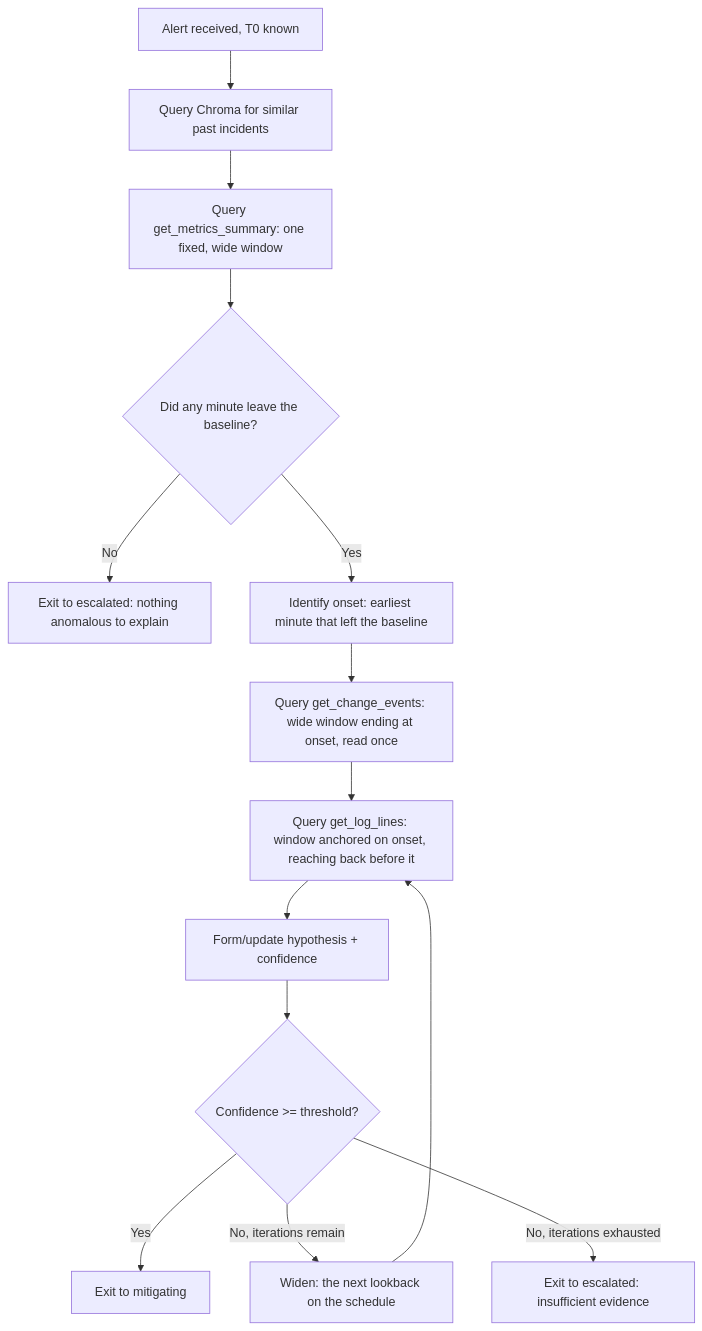
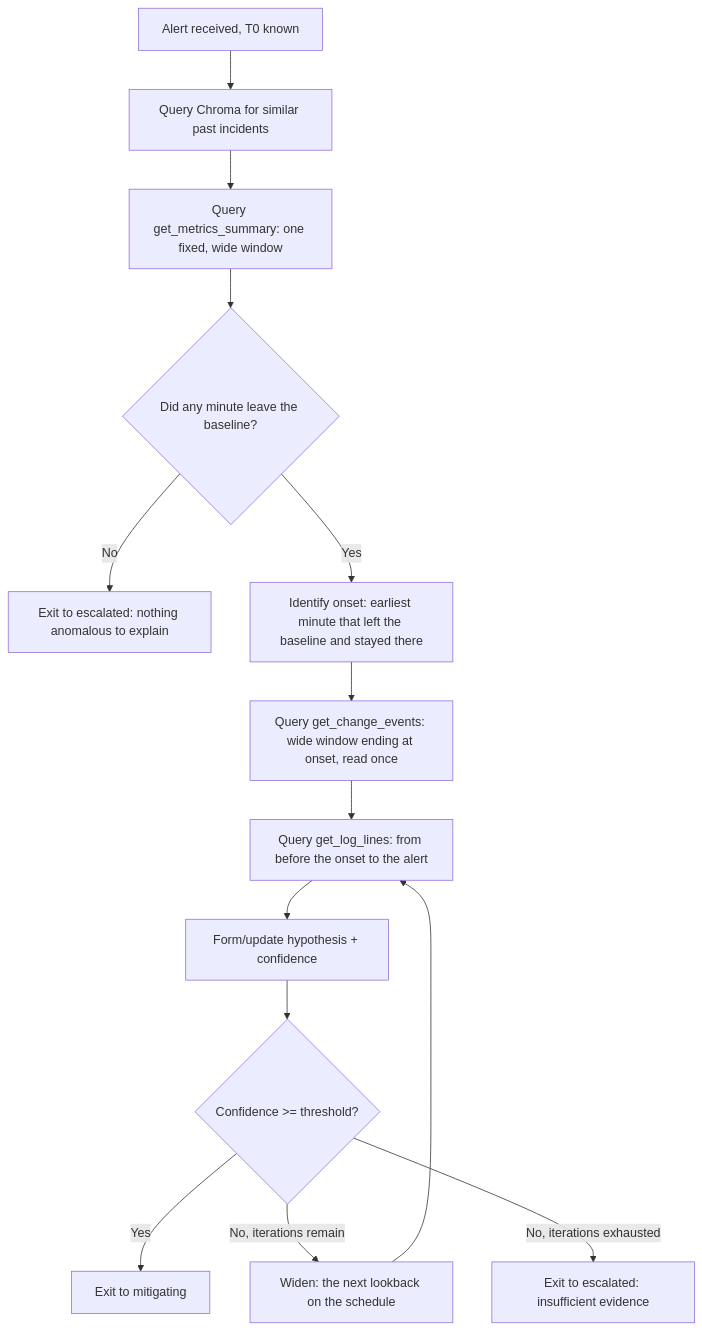
The second of 5 diagrams in docs/spec-and-architecture.md (ohadraz/Argus), drawn with Mermaid before and after one commit. The commit also changed other lines of this file and 5 other files, not shown here.

````diff
--- a/docs/spec-and-architecture.md
+++ b/docs/spec-and-architecture.md
@@ -191,16 +191,16 @@
 ```mermaid
 flowchart TD
     A[Alert received, T0 known] --> B[Query Chroma for similar past incidents]
     B --> C[Query get_metrics_summary: one fixed, wide window]
     C --> D{Did any minute leave the baseline?}
     D -->|No| K[Exit to escalated: nothing anomalous to explain]
-    D -->|Yes| E[Identify onset: earliest minute that left the baseline]
+    D -->|Yes| E[Identify onset: earliest minute that left the baseline and stayed there]
     E --> M[Query get_change_events: wide window ending at onset, read once]
-    M --> F[Query get_log_lines: window anchored on onset, reaching back before it]
+    M --> F[Query get_log_lines: from before the onset to the alert]
     F --> G[Form/update hypothesis + confidence]
     G --> H{Confidence >= threshold?}
     H -->|Yes| I[Exit to mitigating]
     H -->|No, iterations remain| J[Widen: the next lookback on the schedule]
     J --> F
     H -->|No, iterations exhausted| L[Exit to escalated: insufficient evidence]
 ```
````
